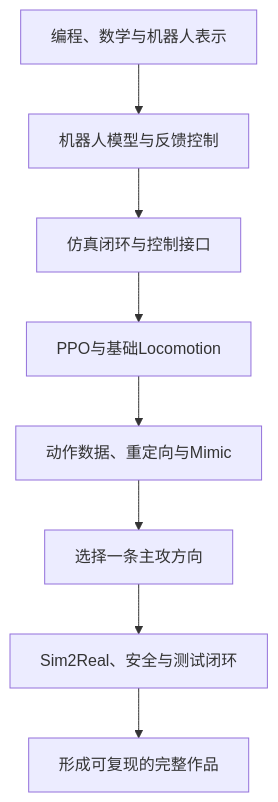
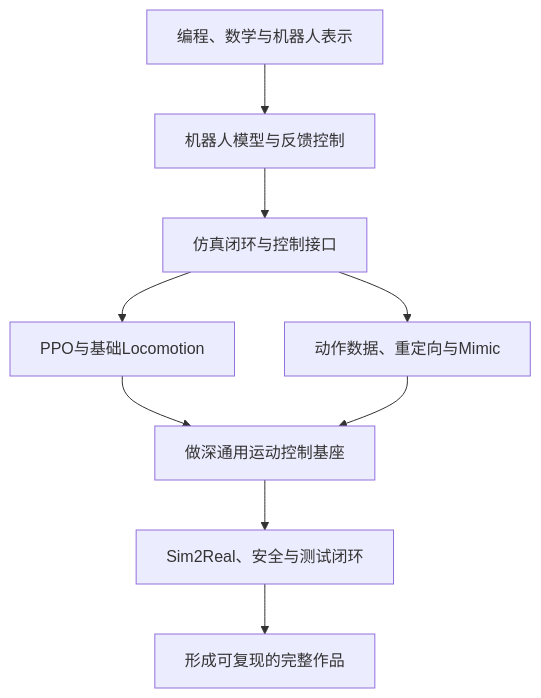
Before and after one commit to MiaoDX-fork-and-pruning/humanoid-motion-intelligence: the diagram in 技术路线/README.md, drawn with Mermaid. The commit also changed other lines of this file and 3 other files, not shown here.

````diff
--- a/技术路线/README.md
+++ b/技术路线/README.md
@@ -69,10 +81,11 @@
 ```mermaid
 flowchart TB
     A["编程、数学与机器人表示"] --> B["机器人模型与反馈控制"]
     B --> C["仿真闭环与控制接口"]
     C --> D["PPO与基础Locomotion"]
-    D --> E["动作数据、重定向与Mimic"]
-    E --> F["选择一条主攻方向"]
+    C --> E["动作数据、重定向与Mimic"]
+    D --> F["做深通用运动控制基座"]
+    E --> F
     F --> G["Sim2Real、安全与测试闭环"]
     G --> H["形成可复现的完整作品"]
 ```
````
